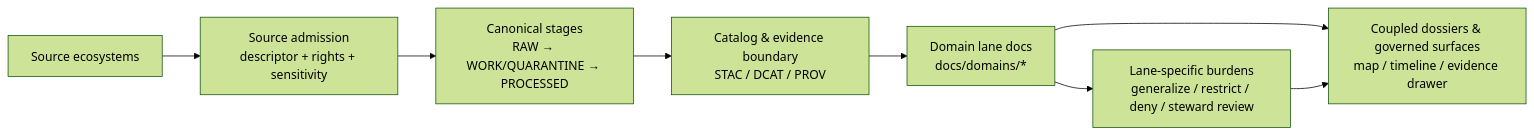
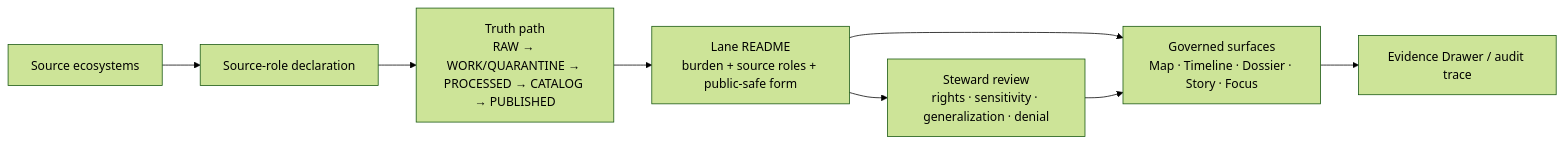
The diagram in docs/domains/README.md (bartytime4life/Kansas-Frontier-Matrix), drawn with Mermaid (forest theme) before and after one commit. The commit also changed other lines of this file, not shown here.

````diff
--- a/docs/domains/README.md
+++ b/docs/domains/README.md
@@ -229,11 +229,10 @@
 ```mermaid
 flowchart LR
-    A[Source ecosystems] --> B[Source admission<br/>descriptor + rights + sensitivity]
-    B --> C[Canonical stages<br/>RAW → WORK/QUARANTINE → PROCESSED]
-    C --> D[Catalog & evidence boundary<br/>STAC / DCAT / PROV]
-    D --> E[Domain lane docs<br/>docs/domains/*]
-    E --> F[Coupled dossiers & governed surfaces<br/>map / timeline / evidence drawer]
-
-    E --> G[Lane-specific burdens<br/>generalize / restrict / deny / steward review]
-    G --> F
+    A[Source ecosystems] --> B[Source-role declaration]
+    B --> C[Truth path<br/>RAW → WORK/QUARANTINE → PROCESSED → CATALOG → PUBLISHED]
+    C --> D[Lane README<br/>burden + source roles + public-safe form]
+    D --> E[Governed surfaces<br/>Map · Timeline · Dossier · Story · Focus]
+    D --> F[Steward review<br/>rights · sensitivity · generalization · denial]
+    F --> E
+    E --> G[Evidence Drawer / audit trace]
 ```
````
